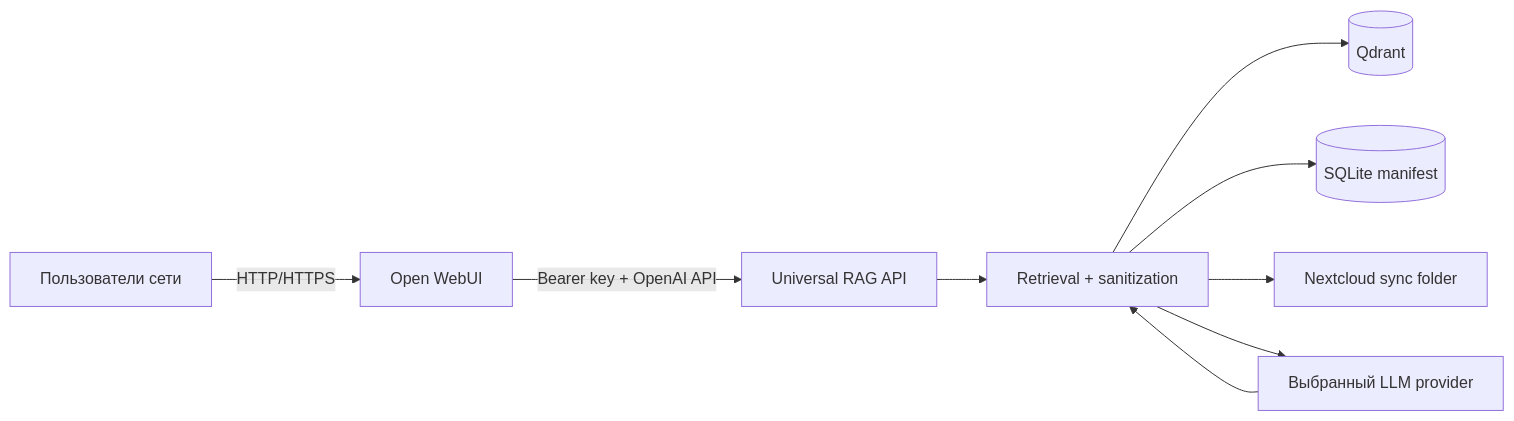
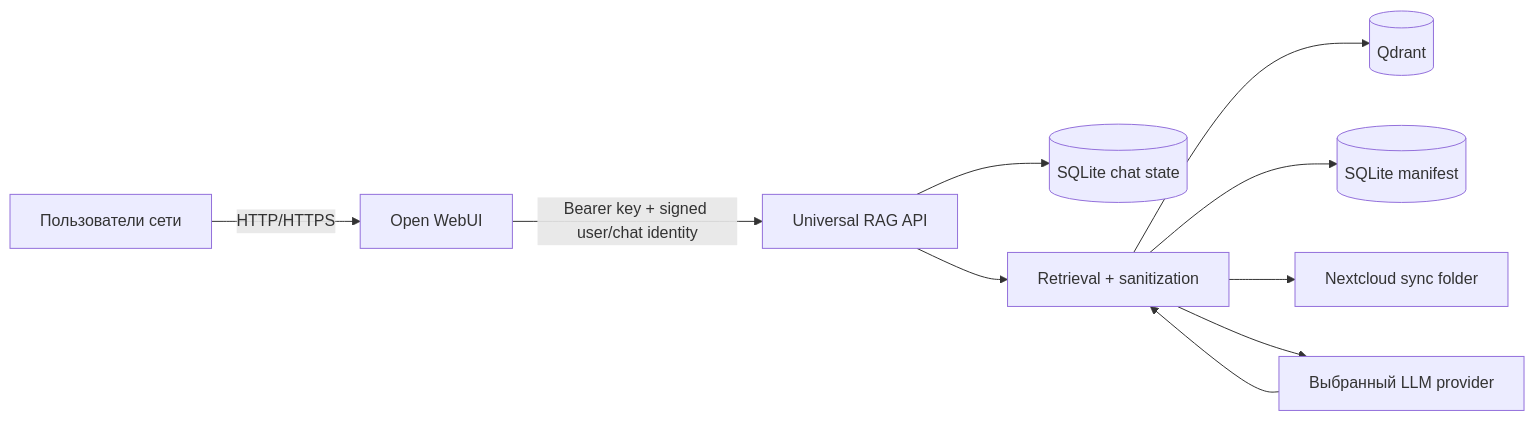
The diagram in README.md (Gluzdov-Dmitrii/Universal-RAG), drawn with Mermaid before and after one commit. The commit also changed other lines of this file and 21 other files, not shown here.

Commit message:
add per-user multi-turn RAG state

````diff
--- a/README.md
+++ b/README.md
@@ -18,11 +18,12 @@
 ```mermaid
 flowchart LR
     U[Пользователи сети] -->|HTTP/HTTPS| W[Open WebUI]
-    W -->|Bearer key + OpenAI API| A[Universal RAG API]
+    W -->|Bearer key + signed user/chat identity| A[Universal RAG API]
+    A --> C[(SQLite chat state)]
     A --> R[Retrieval + sanitization]
     R --> Q[(Qdrant)]
     R --> S[(SQLite manifest)]
     R --> N[Nextcloud sync folder]
     R --> L[Выбранный LLM provider]
     L --> R
 ```
````
